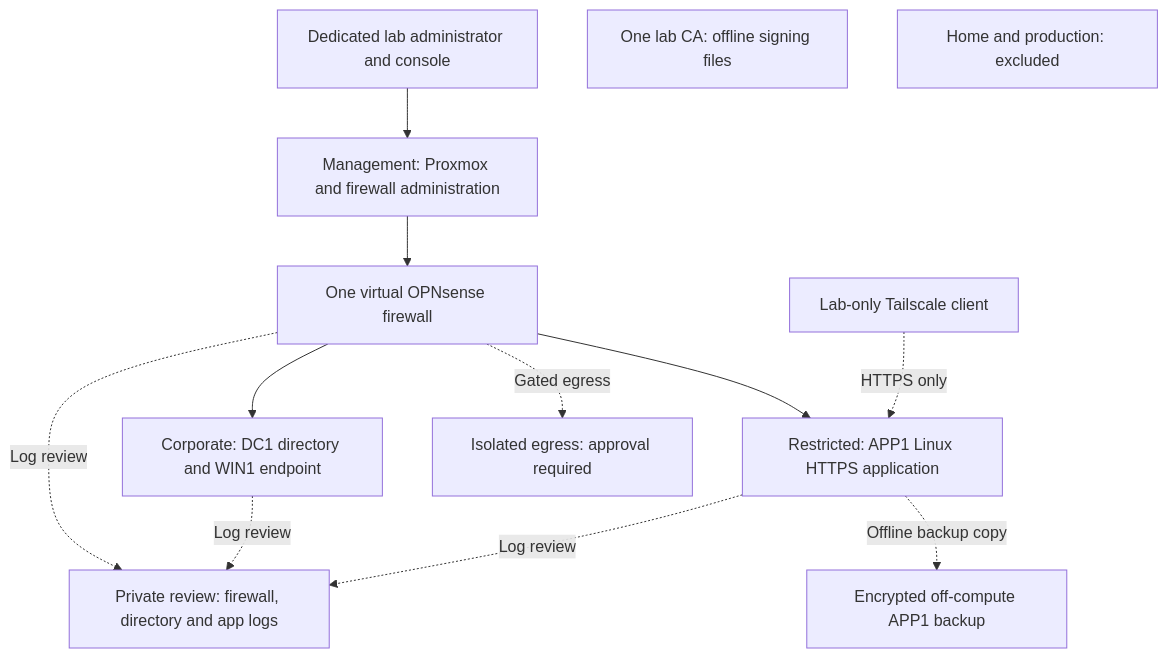
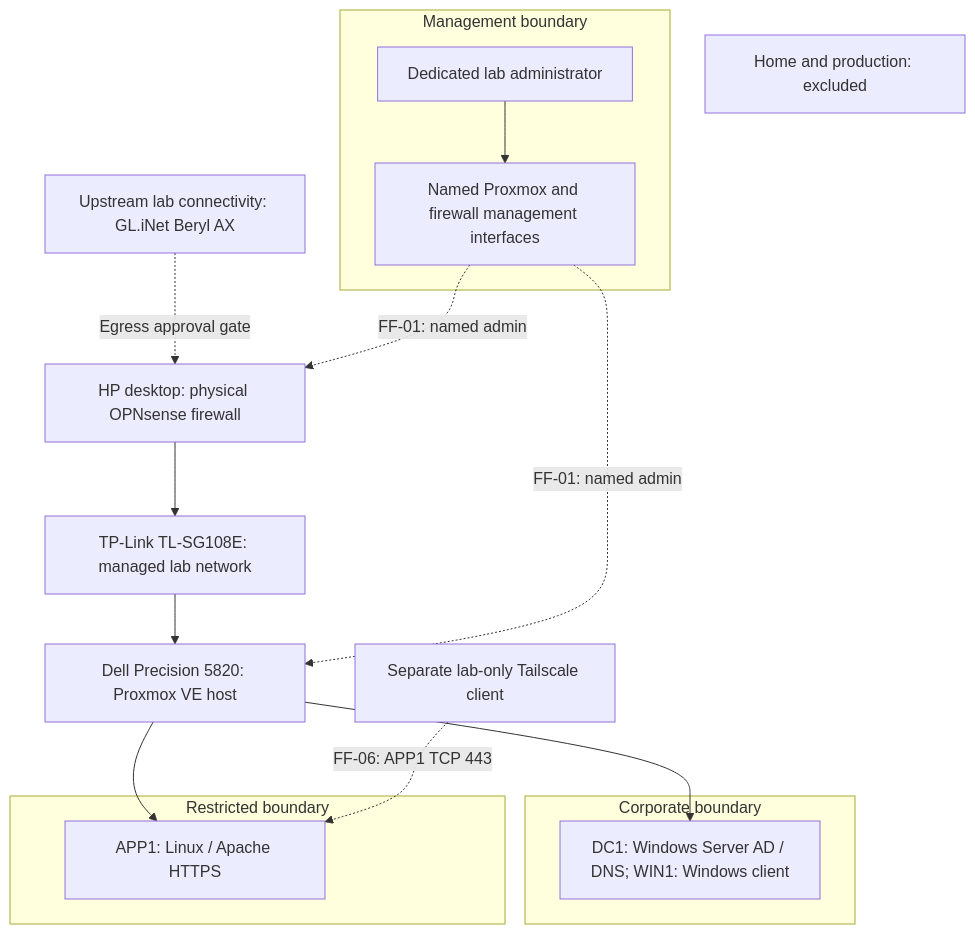
Before and after one commit to waqashamdani-ca/Enterprise-Zero-Trust-Security: the diagram in docs/architecture/ARCHITECTURE.md, drawn with Mermaid. The commit also changed other lines of this file and 9 other files, not shown here.

Commit message:
docs: align architecture with physical firewall and three workloads

````diff
--- a/docs/architecture/ARCHITECTURE.md
+++ b/docs/architecture/ARCHITECTURE.md
@@ -9,24 +11,28 @@
 ```mermaid
 flowchart TB
-    Admin[Dedicated lab administrator and console]
-    Mgmt[Management: Proxmox and firewall administration]
-    FW[One virtual OPNsense firewall]
-    Corp[Corporate: DC1 directory and WIN1 endpoint]
-    App[Restricted: APP1 Linux HTTPS application]
-    Remote[Lab-only Tailscale client]
-    Logs[Private review: firewall, directory and app logs]
-    Backup[Encrypted off-compute APP1 backup]
-    CA[One lab CA: offline signing files]
-    WAN[Isolated egress: approval required]
+    WAN[Upstream lab connectivity: GL.iNet Beryl AX]
+    FW[HP desktop: physical OPNsense firewall]
+    Switch[TP-Link TL-SG108E: managed lab network]
+    Host[Dell Precision 5820: Proxmox VE host]
+    subgraph Management[Management boundary]
+        Admin[Dedicated lab administrator]
+        Mgmt[Named Proxmox and firewall management interfaces]
+    end
+    subgraph Corporate[Corporate boundary]
+        Corp[DC1: Windows Server AD / DNS; WIN1: Windows client]
+    end
+    subgraph Restricted[Restricted boundary]
+        App[APP1: Linux / Apache HTTPS]
+    end
+    Remote[Separate lab-only Tailscale client]
     HOME[Home and production: excluded]
+    WAN -. Egress approval gate .-> FW
+    FW --> Switch
+    Switch --> Host
+    Host --> Corp
+    Host --> App
     Admin --> Mgmt
-    Mgmt --> FW
-    FW --> Corp
-    FW --> App
-    Remote -. HTTPS only .-> App
-    FW -. Log review .-> Logs
-    Corp -. Log review .-> Logs
-    App -. Log review .-> Logs
-    App -. Offline backup copy .-> Backup
-    FW -. Gated egress .-> WAN
+    Mgmt -. FF-01: named admin .-> FW
+    Mgmt -. FF-01: named admin .-> Host
+    Remote -. FF-06: APP1 TCP 443 .-> App
 ```
````
